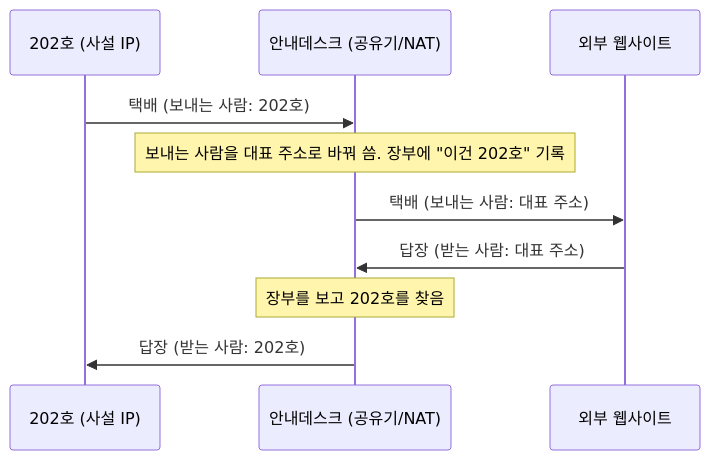
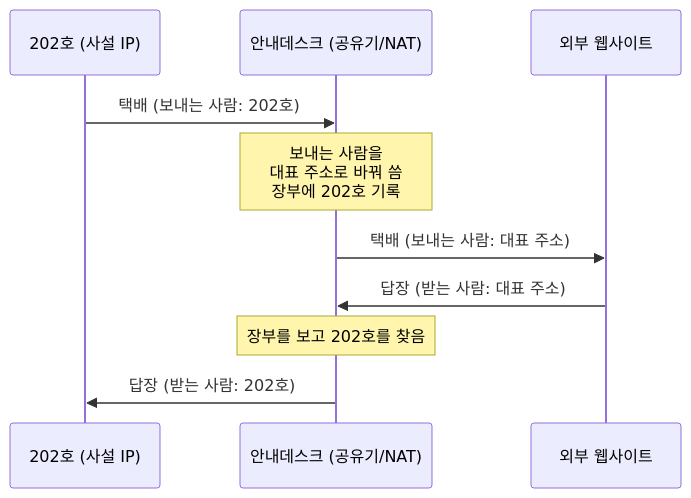
The first of 2 diagrams in src/content/posts/port-forwarding.md (RJ-Stony/injoy), drawn with Mermaid before and after one commit. The commit also changed 2 other files, not shown here.

Commit message:
fix: 시퀀스 화살표 그리기를 keyframe으로 제대로 적용·노트 가독성
- 화살표 등장을 transition→@keyframes(injoy-sq-draw)로 교체. transition은 헤드리스 검증 불가에
  실브라우저서 fade로 보였음. keyframe은 getAnimations로 발동 확인됨(running). 선의 opacity 페이드도
  꺼서(transition:none) 순수 그리기만 남김. 막 드러나는 스텝의 선에만 .sq-drawing으로 1회 그림.
- 재생 시 첫 스텝을 바로 그림(1.5초 대기 제거).
- 노트 텍스트를 짧은 세 줄(<br/>)로 나눠 박스 안에 깔끔히(가독성).

````diff
--- a/src/content/posts/port-forwarding.md
+++ b/src/content/posts/port-forwarding.md
@@ -54,13 +54,13 @@
 ```mermaid
 sequenceDiagram
     participant R as 202호 (사설 IP)
     participant G as 안내데스크 (공유기/NAT)
     participant S as 외부 웹사이트
 
     R->>G: 택배 (보내는 사람: 202호)
-    Note over G: 보내는 사람을 대표 주소로 바꿔 씀. 장부에 "이건 202호" 기록
+    Note over G: 보내는 사람을<br/>대표 주소로 바꿔 씀<br/>장부에 202호 기록
     G->>S: 택배 (보내는 사람: 대표 주소)
     S->>G: 답장 (받는 사람: 대표 주소)
     Note over G: 장부를 보고 202호를 찾음
     G->>R: 답장 (받는 사람: 202호)
 ```
````
